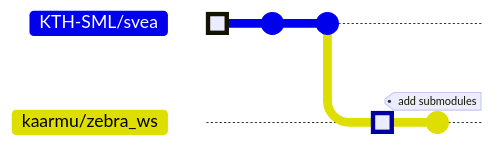
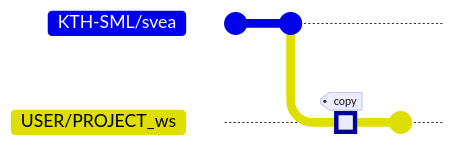
Before and after one commit to KTH-SML/svea: the diagram in docs/tutorials/4_docker.md, drawn with Mermaid. The commit also changed other lines of this file and 5 other files, not shown here. Commit ids are hidden.

````diff
--- a/docs/tutorials/4_docker.md
+++ b/docs/tutorials/4_docker.md
@@ -548,10 +103,9 @@
 ```mermaid
 %%{init: {'gitGraph': {'mainBranchName': 'KTH-SML/svea', 'showCommitLabel': false}}}%%
 gitGraph
-    commit type: HIGHLIGHT
     commit
     commit
-    branch kaarmu/zebra_ws
-    commit type: HIGHLIGHT
-    commit tag: "add submodules"
+    branch USER/PROJECT_ws
+    commit type: HIGHLIGHT tag: "copy"
+    commit
 ```
````
